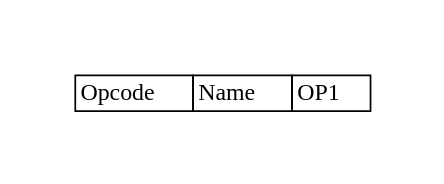
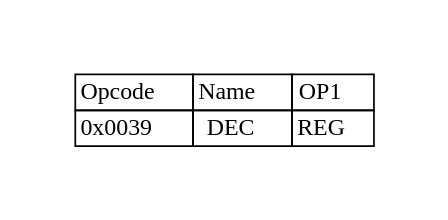
Before and after one commit to adesutherland/CREXX: the diagram in docs/books/crexx_vm_spec/svg/dec.gv, drawn with Graphviz. The commit also changed 207 other files, not shown here.

```diff
--- a/docs/books/crexx_vm_spec/svg/dec.gv
+++ b/docs/books/crexx_vm_spec/svg/dec.gv
@@ -1,8 +1,9 @@
 digraph{
 graph [pad="0.5", nodesep="0.5", ranksep="2" ]
 node[shape=plain]
 Foo [label=<
 <table border="0" cellborder="1" cellspacing="0">
 <tr><td> Opcode </td> <td> Name </td> <td> OP1 </td> </tr>
+<tr><td> 0x0039 </td><td> DEC </td><td> REG </td> </tr>
 </table>>];
 }
```
